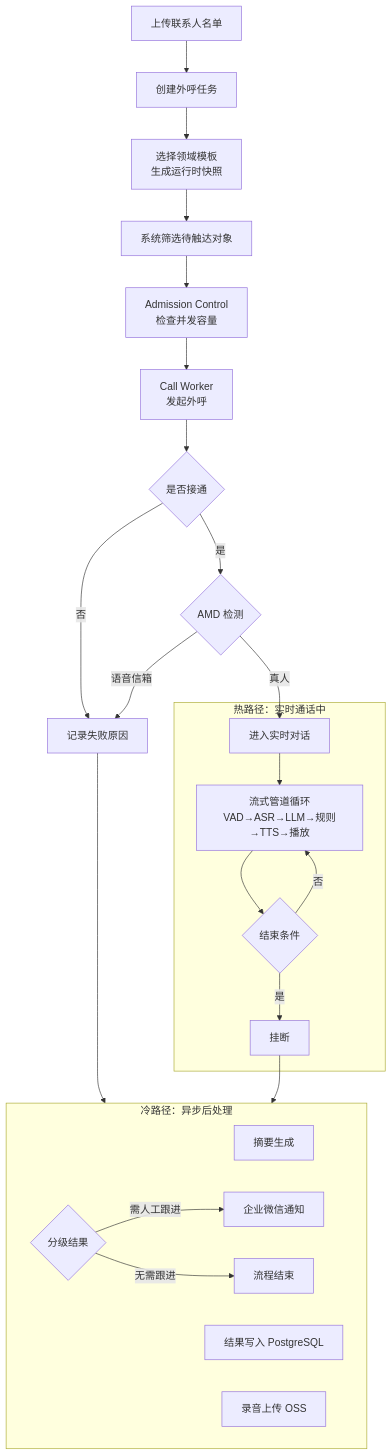
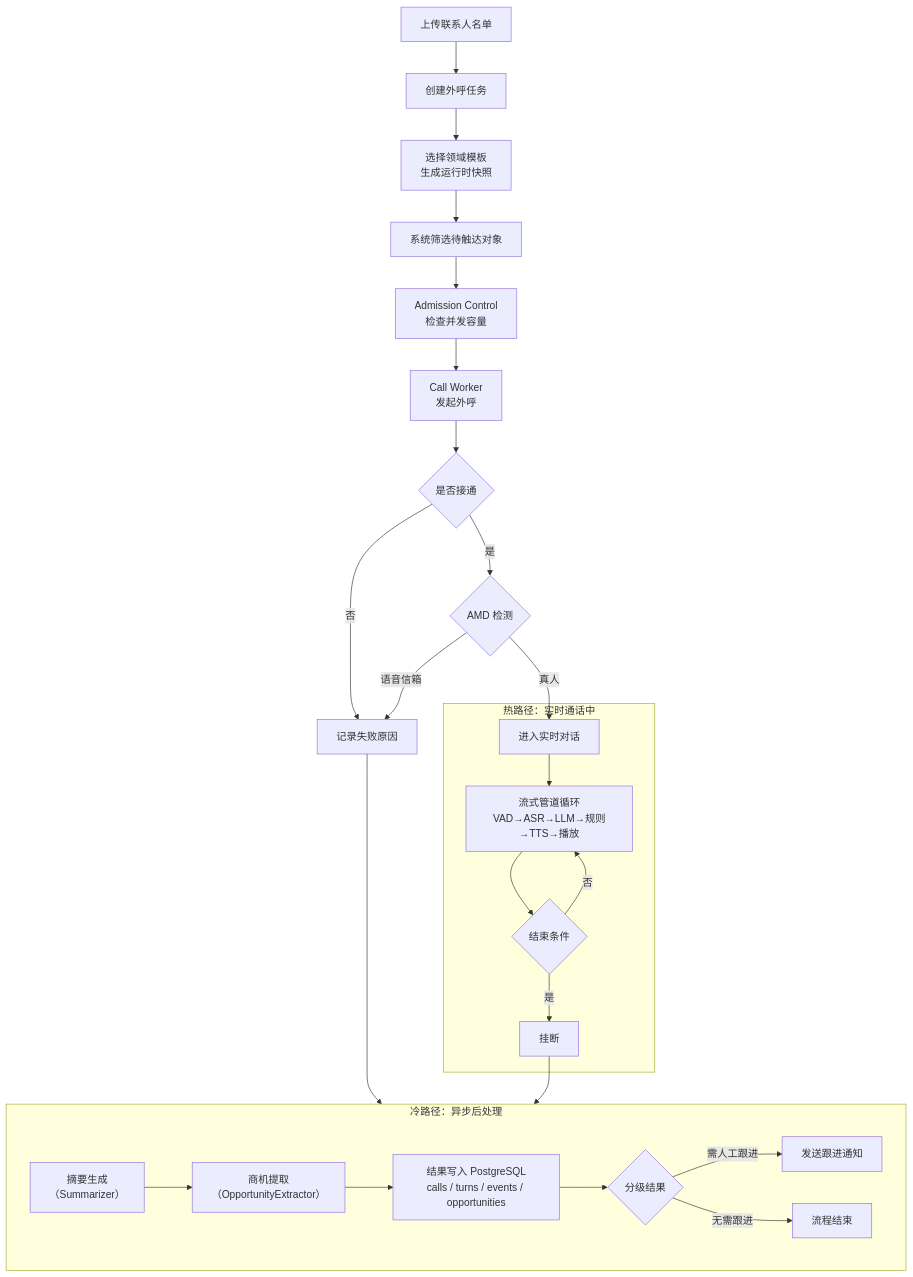
The diagram in design/diagrams/05-04-e2e-flow.mmd (omeyang/Clarion), drawn with Mermaid before and after one commit. The commit also changed 25 other files, not shown here.

First line of the commit message:
修订设计文档与架构图，统一 guard 包文档注释

```diff
--- a/design/diagrams/05-04-e2e-flow.mmd
+++ b/design/diagrams/05-04-e2e-flow.mmd
@@ -1,31 +1,31 @@
 flowchart TB
     A["上传联系人名单"] --> B["创建外呼任务"]
     B --> C["选择领域模板<br/>生成运行时快照"]
     C --> D["系统筛选待触达对象"]
     D --> E["Admission Control<br/>检查并发容量"]
     E --> F["Call Worker<br/>发起外呼"]
 
     F --> G{"是否接通"}
     G -- 否 --> G1["记录失败原因"]
     G -- 是 --> AMD{"AMD 检测"}
     AMD -- 语音信箱 --> G1
     AMD -- 真人 --> H["进入实时对话"]
 
     subgraph HOT["热路径：实时通话中"]
         H --> LOOP["流式管道循环<br/>VAD→ASR→LLM→规则→TTS→播放"]
         LOOP --> END_CHECK{"结束条件"}
         END_CHECK -- 否 --> LOOP
         END_CHECK -- 是 --> HANGUP["挂断"]
     end
 
     subgraph COLD["冷路径：异步后处理"]
-        PP1["摘要生成"]
-        PP2["结果写入 PostgreSQL"]
-        PP3["录音上传 OSS"]
-        PP4{"分级结果"}
-        PP4 -- 需人工跟进 --> PP5["企业微信通知"]
+        PP1["摘要生成<br/>（Summarizer）"]
+        PP1 --> PP1B["商机提取<br/>（OpportunityExtractor）"]
+        PP1B --> PP2["结果写入 PostgreSQL<br/>calls / turns / events / opportunities"]
+        PP2 --> PP4{"分级结果"}
+        PP4 -- 需人工跟进 --> PP5["发送跟进通知"]
         PP4 -- 无需跟进 --> PP6["流程结束"]
     end
 
     G1 --> COLD
     HANGUP --> COLD
```
